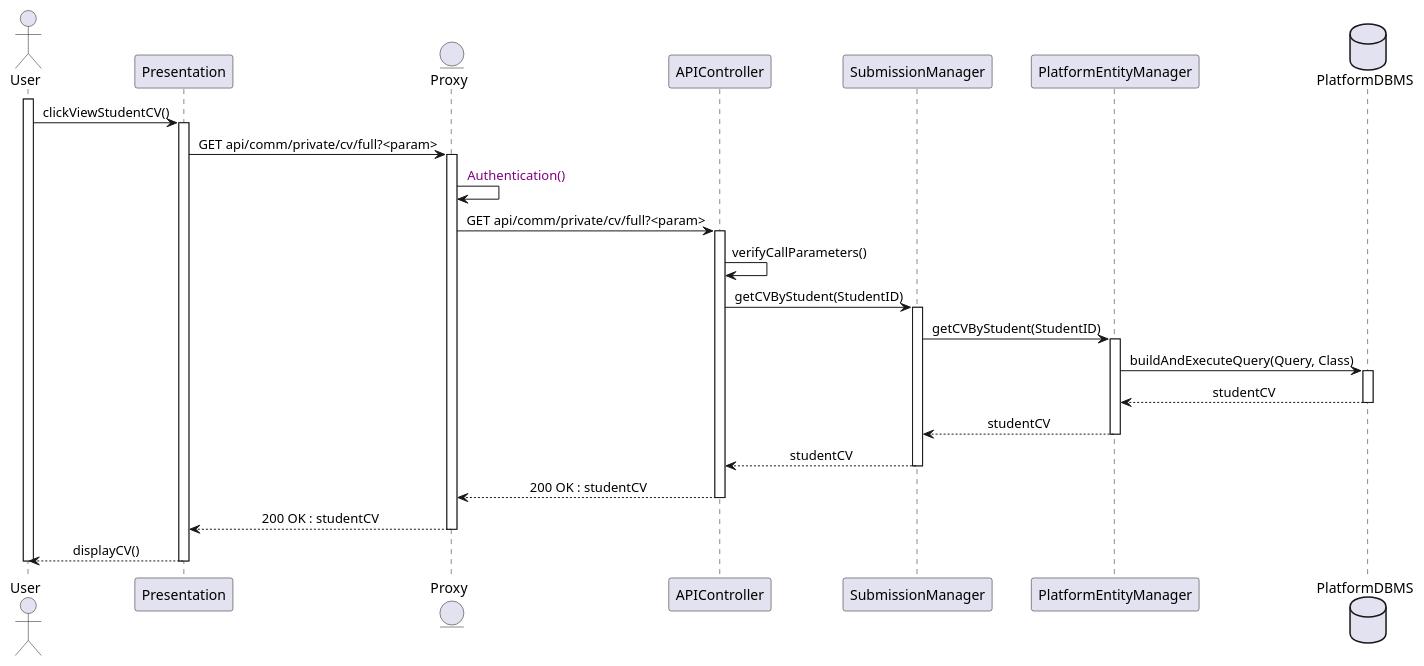
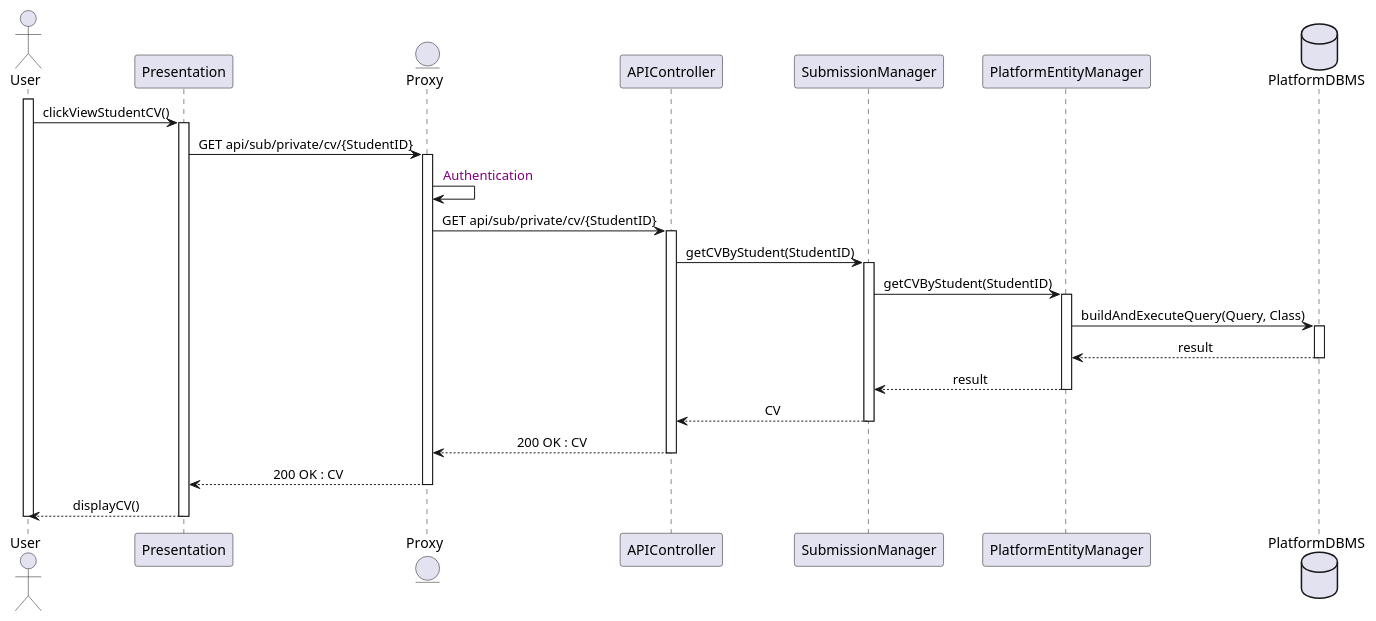
Before and after one commit to Slaitroc/RicciPaoliGrisoni: the diagram in Diagrams/SequenceDiagrams/DD/5UserOpensStudentCV.wsd, drawn with PlantUML.

Commit message:
Refactor 5UserOpensStudentCV.wsd SequenceDiagram

```diff
--- a/Diagrams/SequenceDiagrams/DD/5UserOpensStudentCV.wsd
+++ b/Diagrams/SequenceDiagrams/DD/5UserOpensStudentCV.wsd
@@ -1,40 +1,39 @@
 @startuml UserViewsCompanyInternships
 skinparam sequenceMessageAlign center
 actor       User
 participant  Presentation
 entity      Proxy
 participant APIController
 participant SubmissionManager
 participant PlatformEntityManager
 database    PlatformDBMS
 
 activate User
 User -> Presentation : clickViewStudentCV()
 activate Presentation
-Presentation -> Proxy : GET api/comm/private/cv/full?<param>
+Presentation -> Proxy : GET api/sub/private/cv/{StudentID}
 activate Proxy
-Proxy -> Proxy  : <color:purple> Authentication()
+Proxy -> Proxy  : <color:purple> Authentication
 
-Proxy -> APIController : GET api/comm/private/cv/full?<param>
+Proxy -> APIController : GET api/sub/private/cv/{StudentID}
 activate APIController
-APIController -> APIController : verifyCallParameters()
 APIController -> SubmissionManager : getCVByStudent(StudentID)
 activate SubmissionManager
 SubmissionManager -> PlatformEntityManager : getCVByStudent(StudentID)
 activate PlatformEntityManager
 PlatformEntityManager -> PlatformDBMS : buildAndExecuteQuery(Query, Class)
 activate PlatformDBMS
-PlatformDBMS --> PlatformEntityManager : studentCV
+PlatformDBMS --> PlatformEntityManager : result
 deactivate PlatformDBMS
-PlatformEntityManager --> SubmissionManager : studentCV
+PlatformEntityManager --> SubmissionManager : result
 deactivate PlatformEntityManager
-SubmissionManager --> APIController : studentCV
+SubmissionManager --> APIController : CV
 deactivate SubmissionManager
-APIController --> Proxy : 200 OK : studentCV
+APIController --> Proxy : 200 OK : CV
 deactivate APIController
-Proxy --> Presentation : 200 OK : studentCV
+Proxy --> Presentation : 200 OK : CV
 deactivate Proxy
 Presentation --> User : displayCV()
 deactivate Presentation
 deactivate User
 @enduml
```
